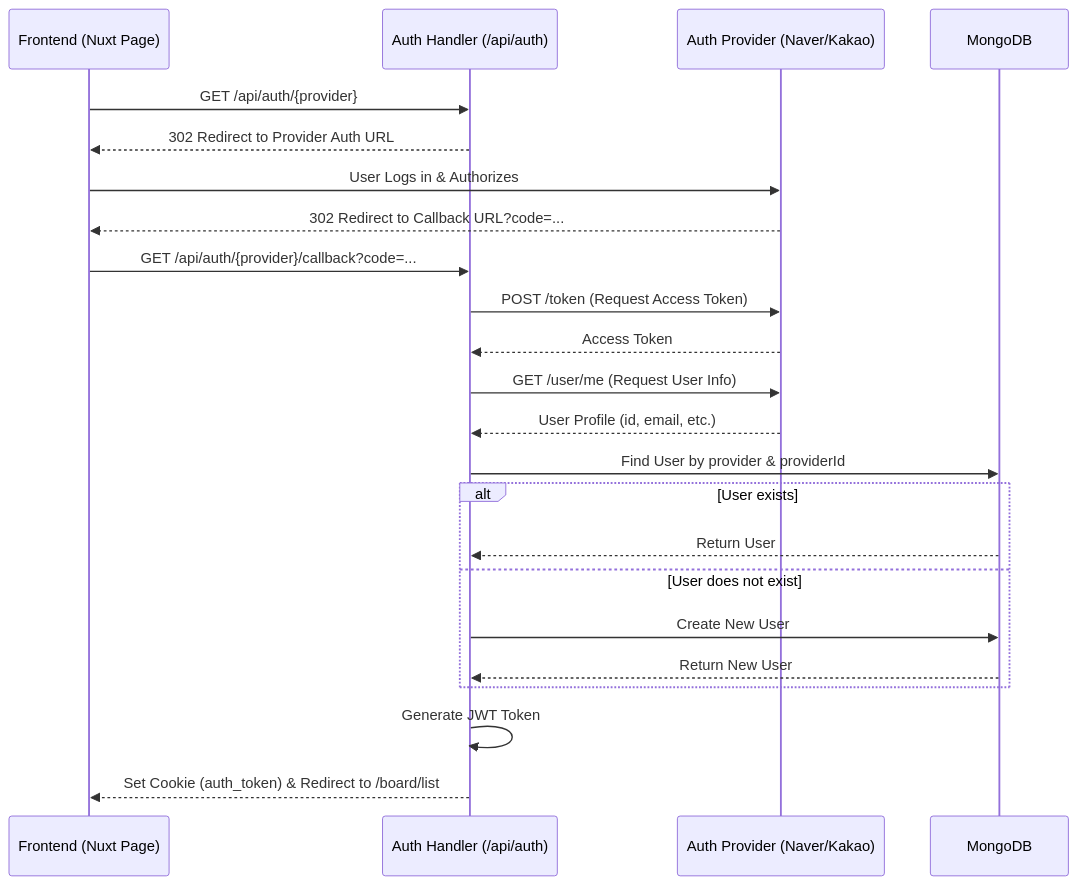
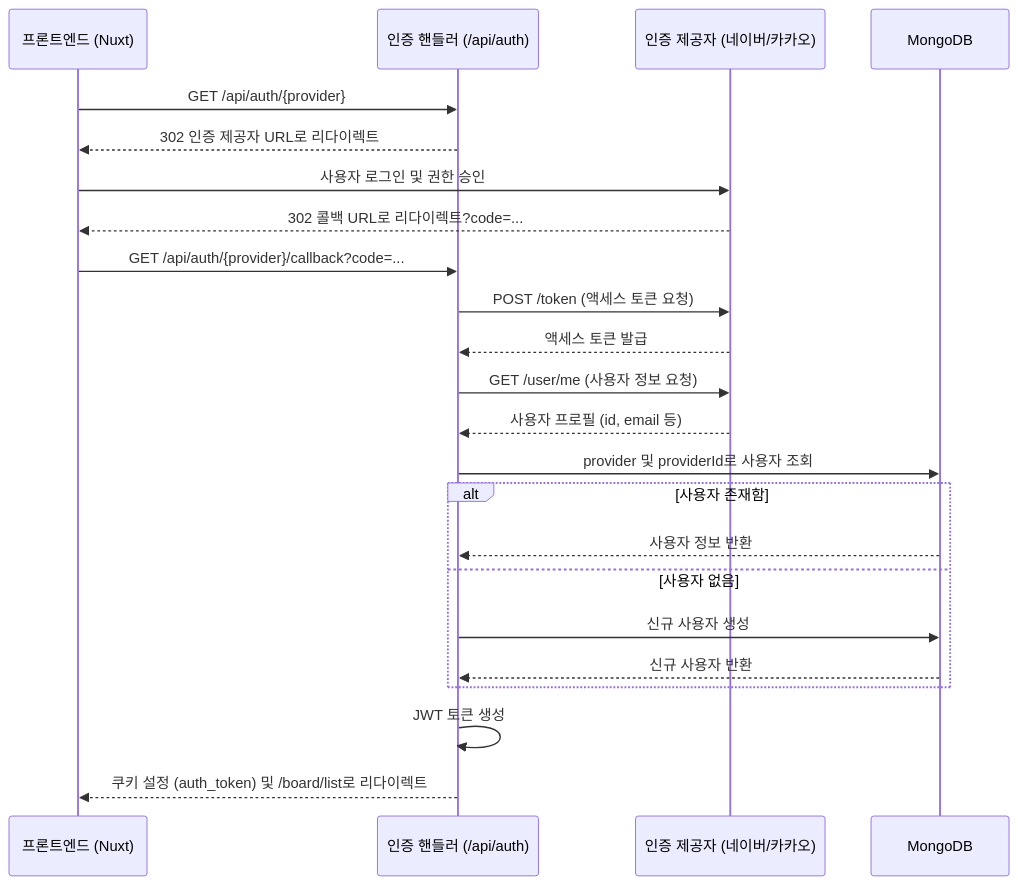
Before and after one commit to kimmyuung/pratice_nuxt: the second of 2 diagrams in README.md, drawn with Mermaid. The commit also changed other lines of this file, not shown here.

````diff
--- a/README.md
+++ b/README.md
@@ -48,32 +48,32 @@
 ```mermaid
 sequenceDiagram
-    participant Client as Frontend (Nuxt Page)
-    participant AuthAPI as Auth Handler (/api/auth)
-    participant Provider as Auth Provider (Naver/Kakao)
+    participant Client as 프론트엔드 (Nuxt)
+    participant AuthAPI as 인증 핸들러 (/api/auth)
+    participant Provider as 인증 제공자 (네이버/카카오)
     participant DB as MongoDB
 
     Client->>AuthAPI: GET /api/auth/{provider}
-    AuthAPI-->>Client: 302 Redirect to Provider Auth URL
+    AuthAPI-->>Client: 302 인증 제공자 URL로 리다이렉트
     
-    Client->>Provider: User Logs in & Authorizes
-    Provider-->>Client: 302 Redirect to Callback URL?code=...
+    Client->>Provider: 사용자 로그인 및 권한 승인
+    Provider-->>Client: 302 콜백 URL로 리다이렉트?code=...
     
     Client->>AuthAPI: GET /api/auth/{provider}/callback?code=...
     
-    AuthAPI->>Provider: POST /token (Request Access Token)
-    Provider-->>AuthAPI: Access Token
+    AuthAPI->>Provider: POST /token (액세스 토큰 요청)
+    Provider-->>AuthAPI: 액세스 토큰 발급
     
-    AuthAPI->>Provider: GET /user/me (Request User Info)
-    Provider-->>AuthAPI: User Profile (id, email, etc.)
+    AuthAPI->>Provider: GET /user/me (사용자 정보 요청)
+    Provider-->>AuthAPI: 사용자 프로필 (id, email 등)
     
-    AuthAPI->>DB: Find User by provider & providerId
-    alt User exists
-        DB-->>AuthAPI: Return User
-    else User does not exist
-        AuthAPI->>DB: Create New User
-        DB-->>AuthAPI: Return New User
+    AuthAPI->>DB: provider 및 providerId로 사용자 조회
+    alt 사용자 존재함
+        DB-->>AuthAPI: 사용자 정보 반환
+    else 사용자 없음
+        AuthAPI->>DB: 신규 사용자 생성
+        DB-->>AuthAPI: 신규 사용자 반환
     end
     
-    AuthAPI->>AuthAPI: Generate JWT Token
-    AuthAPI-->>Client: Set Cookie (auth_token) & Redirect to /board/list
+    AuthAPI->>AuthAPI: JWT 토큰 생성
+    AuthAPI-->>Client: 쿠키 설정 (auth_token) 및 /board/list로 리다이렉트
 ```
````
